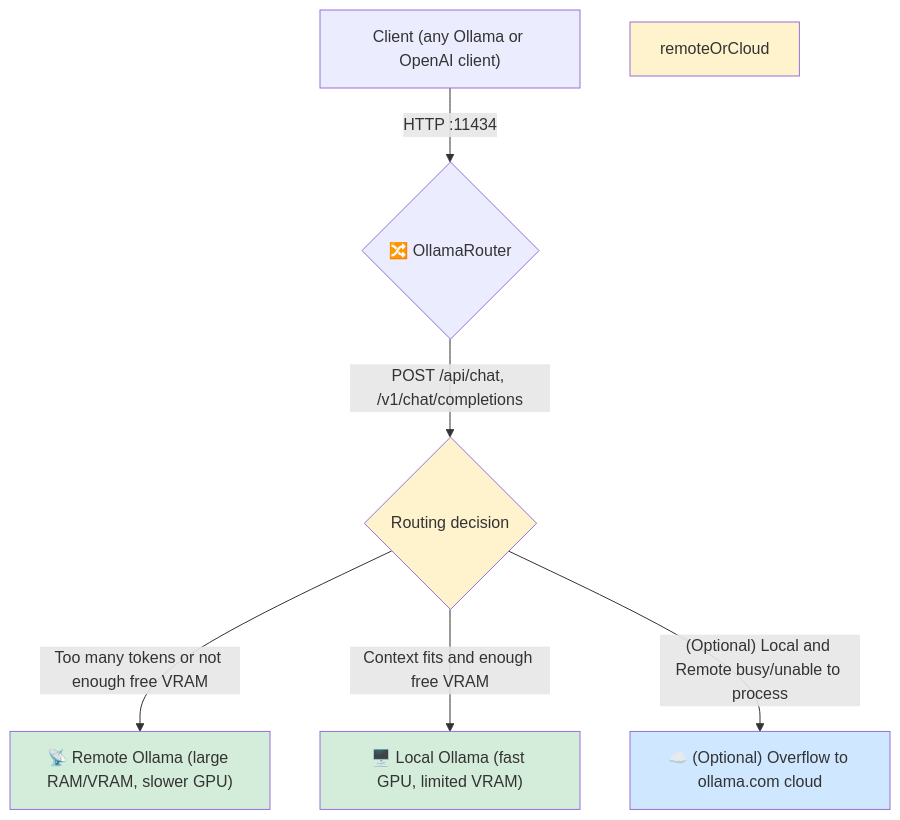
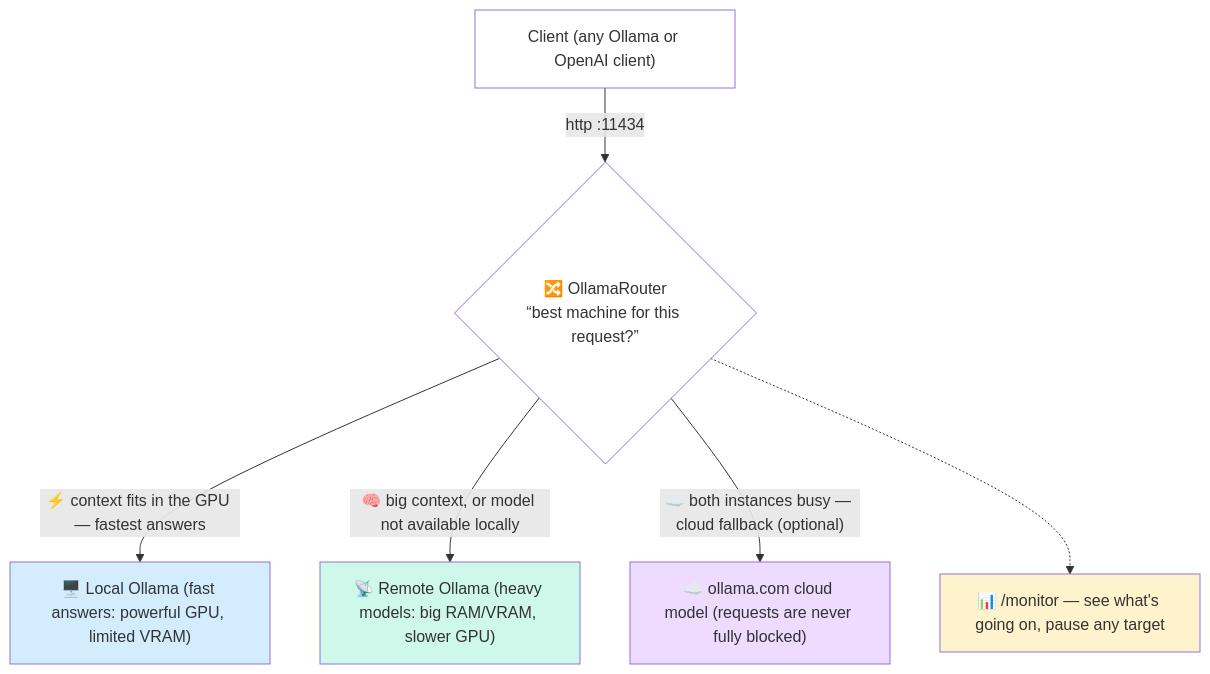
One commit to jetelain/OllamaRouter changed the diagram in README.md. Above: the diagram before and after it, drawn with Mermaid. The commit also changed other lines of this file, not shown here.

Commit message:
Improve docs

````diff
--- a/README.md
+++ b/README.md
@@ -14,21 +19,22 @@
 ```mermaid
 flowchart TD
     client["Client (any Ollama or OpenAI client)"]
-    client -->|HTTP :11434| router{"🔀 OllamaRouter"}
+    client -->|"http :11434"| router{"🔀 OllamaRouter<br/>“best machine for this request?”"}
 
-    router -->|"POST /api/chat, /v1/chat/completions"| decision{"Routing decision"}
+    router -->|"⚡ context fits in the GPU — fastest answers"| local
+    router -->|"🧠 big context, or model not available locally"| remote
+    router -->|"☁️ both instances busy — cloud fallback (optional)"| cloud
+    router -.-> monitor
 
-    decision -->|"Too many tokens or not enough free VRAM"| remote
-    decision -->|"Context fits and enough free VRAM"| local
-    decision -->|"(Optional) Local and Remote busy/unable to process"| cloud
+    local["🖥️ Local Ollama (fast answers: powerful GPU, limited VRAM)"]
+    remote["📡 Remote Ollama (heavy models: big RAM/VRAM, slower GPU)"]
+    cloud["☁️ ollama.com cloud model (requests are never fully blocked)"]
+    monitor["📊 /monitor — see what's going on, pause any target"]
 
-    local["🖥️ Local Ollama (fast GPU, limited VRAM)"]
-    remote["📡 Remote Ollama (large RAM/VRAM, slower GPU)"]
-    cloud["☁️ (Optional) Overflow to ollama.com cloud"]
-
-    style decision fill:#fff3cd
-    style remoteOrCloud fill:#fff3cd
-    style local fill:#d4edda
-    style remote fill:#d4edda
-    style cloud fill:#cfe8ff
+    style local fill:#d3edff
+    style remote fill:#cef8e9
+    style cloud fill:#eddcff
+    style client fill:#fff
+    style router fill:#fff
+    style monitor fill:#fff3cd
 ```
````
